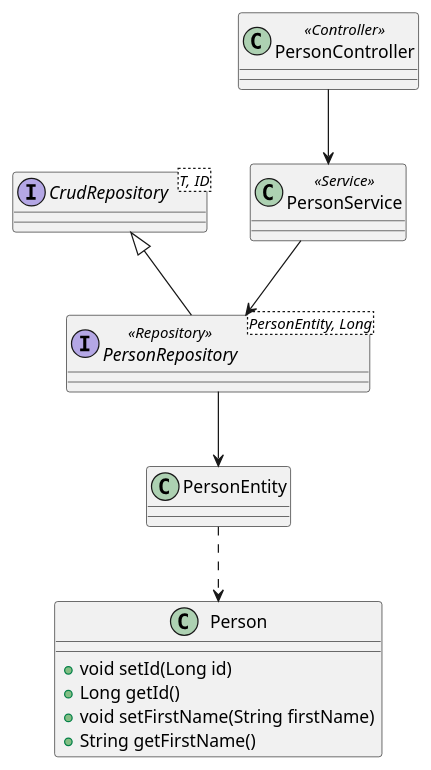
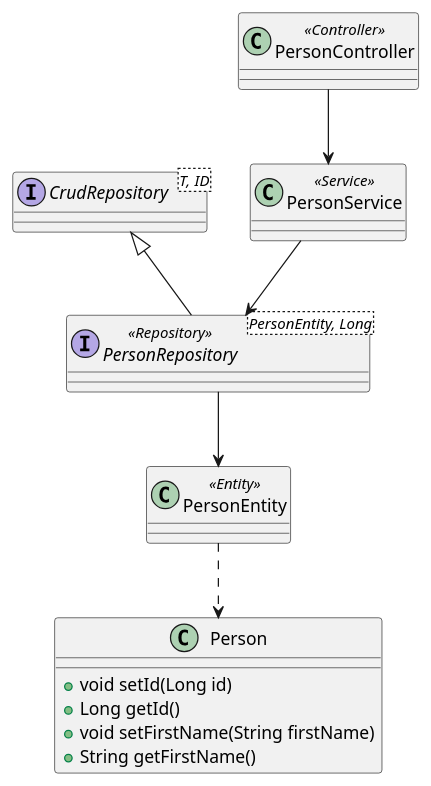
Before and after one commit to laminba2003/spring-rest-services: the third of 4 diagrams in src/main/asciidoc/index.adoc, drawn with PlantUML. The commit also changed other lines of this file, not shown here.

Commit message:
improvements

```diff
--- a/src/main/asciidoc/index.adoc
+++ b/src/main/asciidoc/index.adoc
@@ -97,33 +97,33 @@
 [plantuml, GetPersons-class-diagram, png]
 ----
 class Person {
   + void setId(Long id)
   + Long getId()
   + void setFirstName(String firstName)
   + String getFirstName()
 }
 
-class PersonEntity {
+class PersonEntity <<Entity>> {
 
 }
 
 interface PersonRepository<PersonEntity, Long> <<Repository>> {
 }
 
 interface CrudRepository<T, ID> {
 }
 
 class PersonService <<Service>> {
 }
 
 class PersonController <<Controller>> {
 }
 
 
 PersonEntity ..> Person
 PersonRepository --> PersonEntity
 CrudRepository <|-- PersonRepository
 PersonService --> PersonRepository
 PersonController --> PersonService
 
 ----
```
